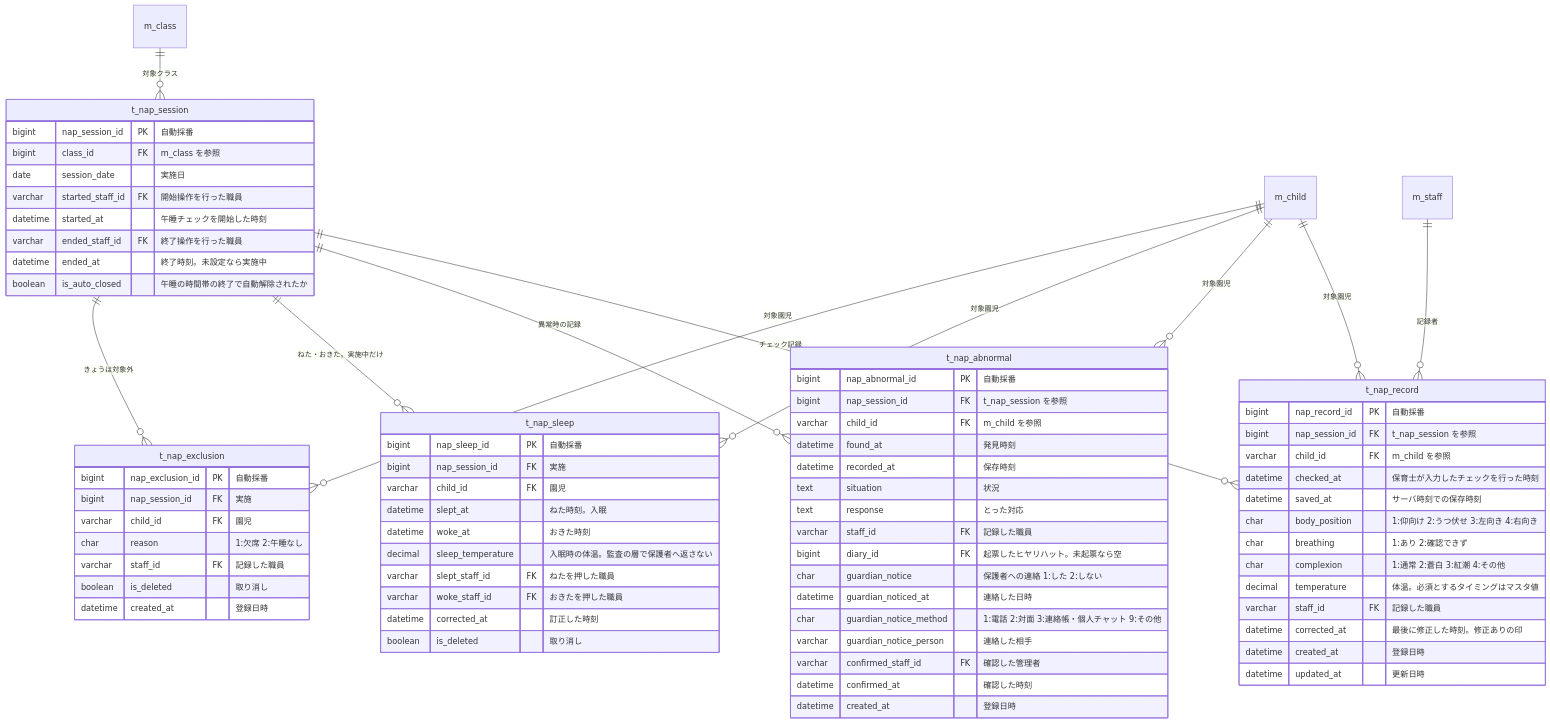
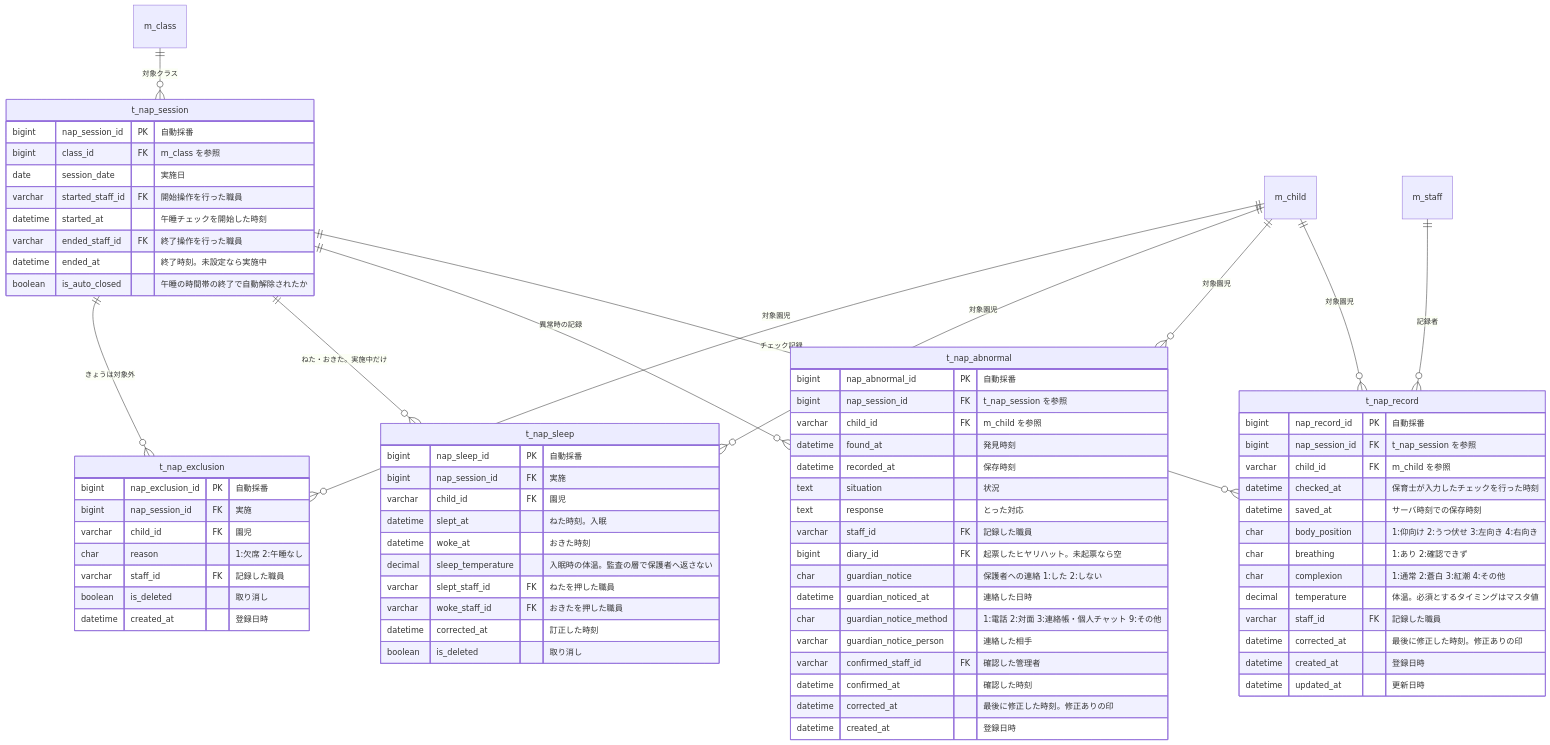
Before and after one commit to issei0423/sukusuku_system: the seventh of 9 diagrams in 図/ER図.md, drawn with Mermaid. The commit also changed other lines of this file and 6 other files, not shown here.

````diff
--- a/図/ER図.md
+++ b/図/ER図.md
@@ -579,78 +580,79 @@
 ```mermaid
 erDiagram
     t_nap_session ||--o{ t_nap_record : "チェック記録"
     t_nap_session ||--o{ t_nap_abnormal : "異常時の記録"
     m_class ||--o{ t_nap_session : "対象クラス"
     m_child ||--o{ t_nap_record : "対象園児"
     m_child ||--o{ t_nap_abnormal : "対象園児"
     m_staff ||--o{ t_nap_record : "記録者"
     t_nap_session ||--o{ t_nap_sleep : "ねた・おきた。実施中だけ"
     m_child ||--o{ t_nap_sleep : "対象園児"
     t_nap_session ||--o{ t_nap_exclusion : "きょうは対象外"
     m_child ||--o{ t_nap_exclusion : "対象園児"
 
     t_nap_session {
         bigint nap_session_id PK "自動採番"
         bigint class_id FK "m_class を参照"
         date session_date "実施日"
         varchar started_staff_id FK "開始操作を行った職員"
         datetime started_at "午睡チェックを開始した時刻"
         varchar ended_staff_id FK "終了操作を行った職員"
         datetime ended_at "終了時刻。未設定なら実施中"
         boolean is_auto_closed "午睡の時間帯の終了で自動解除されたか"
     }
     t_nap_record {
         bigint nap_record_id PK "自動採番"
         bigint nap_session_id FK "t_nap_session を参照"
         varchar child_id FK "m_child を参照"
         datetime checked_at "保育士が入力したチェックを行った時刻"
         datetime saved_at "サーバ時刻での保存時刻"
         char body_position "1:仰向け 2:うつ伏せ 3:左向き 4:右向き"
         char breathing "1:あり 2:確認できず"
         char complexion "1:通常 2:蒼白 3:紅潮 4:その他"
         decimal temperature "体温。必須とするタイミングはマスタ値"
         varchar staff_id FK "記録した職員"
         datetime corrected_at "最後に修正した時刻。修正ありの印"
         datetime created_at "登録日時"
         datetime updated_at "更新日時"
     }
     t_nap_abnormal {
         bigint nap_abnormal_id PK "自動採番"
         bigint nap_session_id FK "t_nap_session を参照"
         varchar child_id FK "m_child を参照"
         datetime found_at "発見時刻"
         datetime recorded_at "保存時刻"
         text situation "状況"
         text response "とった対応"
         varchar staff_id FK "記録した職員"
         bigint diary_id FK "起票したヒヤリハット。未起票なら空"
         char guardian_notice "保護者への連絡 1:した 2:しない"
         datetime guardian_noticed_at "連絡した日時"
         char guardian_notice_method "1:電話 2:対面 3:連絡帳・個人チャット 9:その他"
         varchar guardian_notice_person "連絡した相手"
         varchar confirmed_staff_id FK "確認した管理者"
         datetime confirmed_at "確認した時刻"
+        datetime corrected_at "最後に修正した時刻。修正ありの印"
         datetime created_at "登録日時"
     }
     t_nap_sleep {
         bigint nap_sleep_id PK "自動採番"
         bigint nap_session_id FK "実施"
         varchar child_id FK "園児"
         datetime slept_at "ねた時刻。入眠"
         datetime woke_at "おきた時刻"
         decimal sleep_temperature "入眠時の体温。監査の層で保護者へ返さない"
         varchar slept_staff_id FK "ねたを押した職員"
         varchar woke_staff_id FK "おきたを押した職員"
         datetime corrected_at "訂正した時刻"
         boolean is_deleted "取り消し"
     }
     t_nap_exclusion {
         bigint nap_exclusion_id PK "自動採番"
         bigint nap_session_id FK "実施"
         varchar child_id FK "園児"
         char reason "1:欠席 2:午睡なし"
         varchar staff_id FK "記録した職員"
         boolean is_deleted "取り消し"
         datetime created_at "登録日時"
     }
 ```
````
